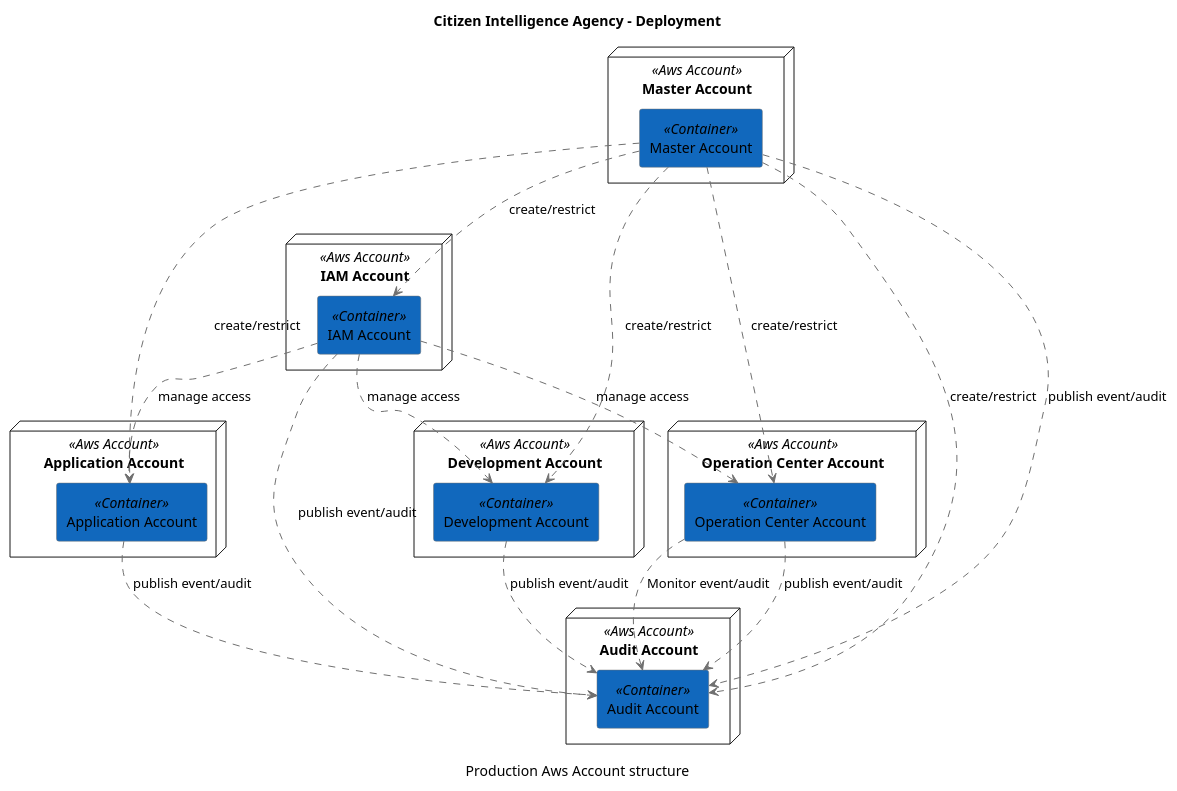
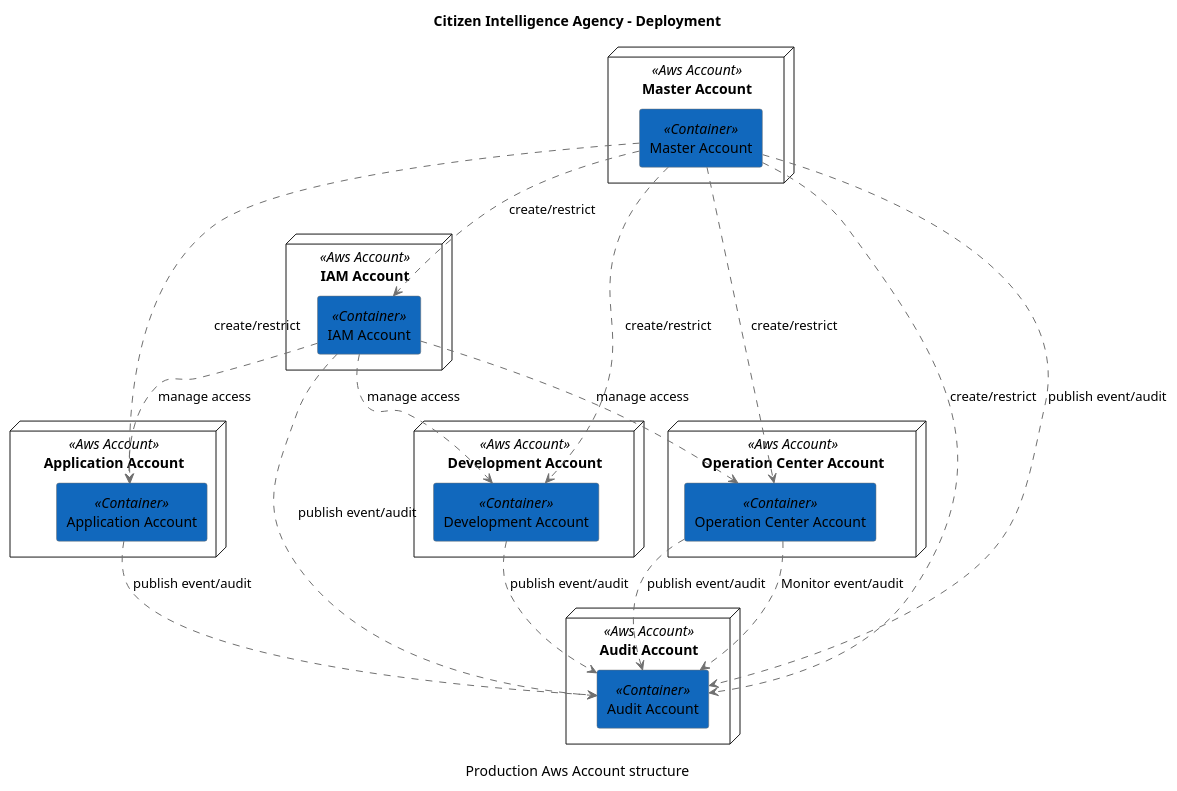
One commit to sjvs/cia changed the diagram in architecture/Citizen-Intelligence-Agency-Prod-Aws-Account-Structure.pu. Above: the diagram before and after it, drawn with PlantUML. The commit also changed other lines of this file and 1779 other files, not shown here.

```diff
--- a/architecture/Citizen-Intelligence-Agency-Prod-Aws-Account-Structure.pu
+++ b/architecture/Citizen-Intelligence-Agency-Prod-Aws-Account-Structure.pu
@@ -1,47 +1,47 @@
 @startuml(id="Production Aws Account structure")
 scale max 2000x2000
 title Citizen Intelligence Agency - Deployment
 caption "Production Aws Account structure"
 
 skinparam {
   shadowing false
   arrowColor #707070
   actorBorderColor #707070
   componentBorderColor #707070
   rectangleBorderColor #707070
   noteBackgroundColor #ffffff
   noteBorderColor #707070
 }
 node "Application Account" <<Aws Account>> as 12 {
   rectangle "Application Account" <<Container>> as 34 #1168bd
 }
 node "Audit Account" <<Aws Account>> as 10 {
   rectangle "Audit Account" <<Container>> as 30 #1168bd
 }
 node "Development Account" <<Aws Account>> as 6 {
   rectangle "Development Account" <<Container>> as 29 #1168bd
 }
 node "IAM Account" <<Aws Account>> as 4 {
   rectangle "IAM Account" <<Container>> as 36 #1168bd
 }
 node "Master Account" <<Aws Account>> as 2 {
   rectangle "Master Account" <<Container>> as 41 #1168bd
 }
 node "Operation Center Account" <<Aws Account>> as 8 {
   rectangle "Operation Center Account" <<Container>> as 28 #1168bd
 }
-36 .[#707070].> 34 : manage access
-41 .[#707070].> 29 : create/restrict
-41 .[#707070].> 36 : create/restrict
-28 .[#707070].> 30 : publish event/audit
-29 .[#707070].> 30 : publish event/audit
 36 .[#707070].> 29 : manage access
-34 .[#707070].> 30 : publish event/audit
-28 .[#707070].> 30 : Monitor event/audit
-41 .[#707070].> 28 : create/restrict
 41 .[#707070].> 30 : create/restrict
 41 .[#707070].> 30 : publish event/audit
+28 .[#707070].> 30 : Monitor event/audit
+28 .[#707070].> 30 : publish event/audit
+36 .[#707070].> 30 : publish event/audit
+34 .[#707070].> 30 : publish event/audit
+29 .[#707070].> 30 : publish event/audit
+41 .[#707070].> 28 : create/restrict
+41 .[#707070].> 36 : create/restrict
 41 .[#707070].> 34 : create/restrict
+41 .[#707070].> 29 : create/restrict
 36 .[#707070].> 28 : manage access
-36 .[#707070].> 30 : publish event/audit
+36 .[#707070].> 34 : manage access
 @enduml
```
